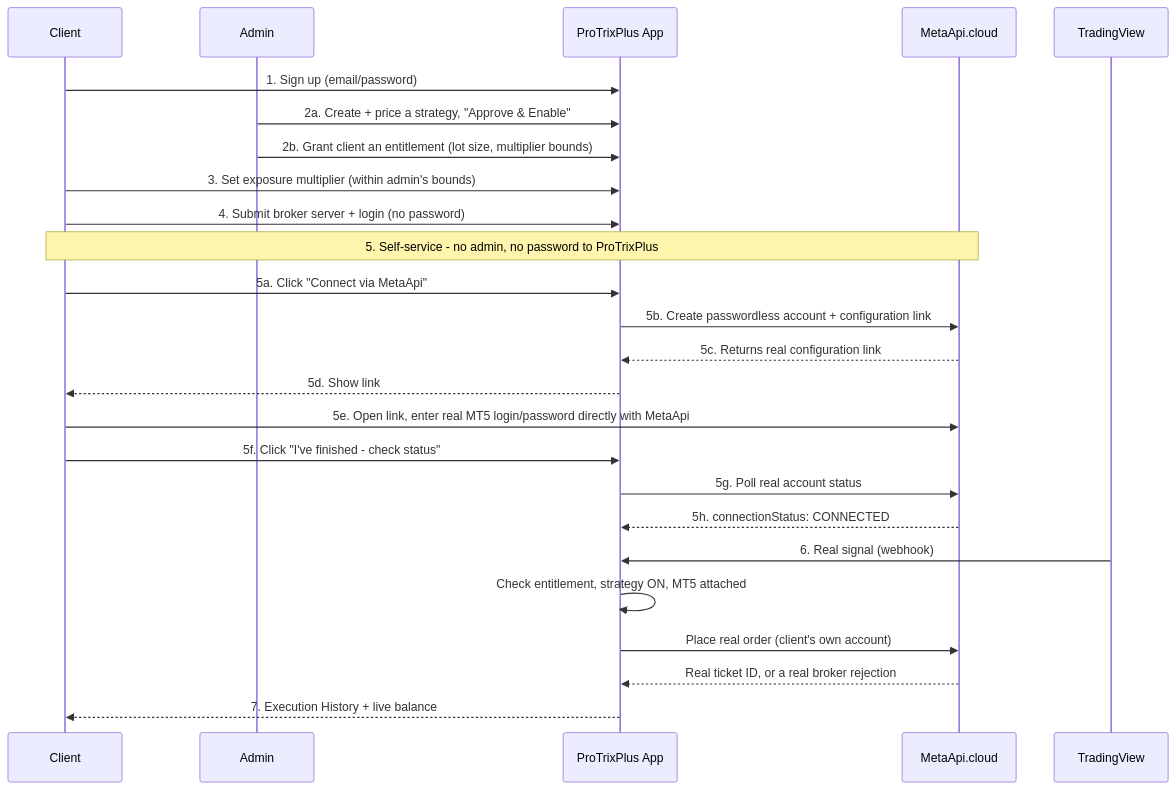
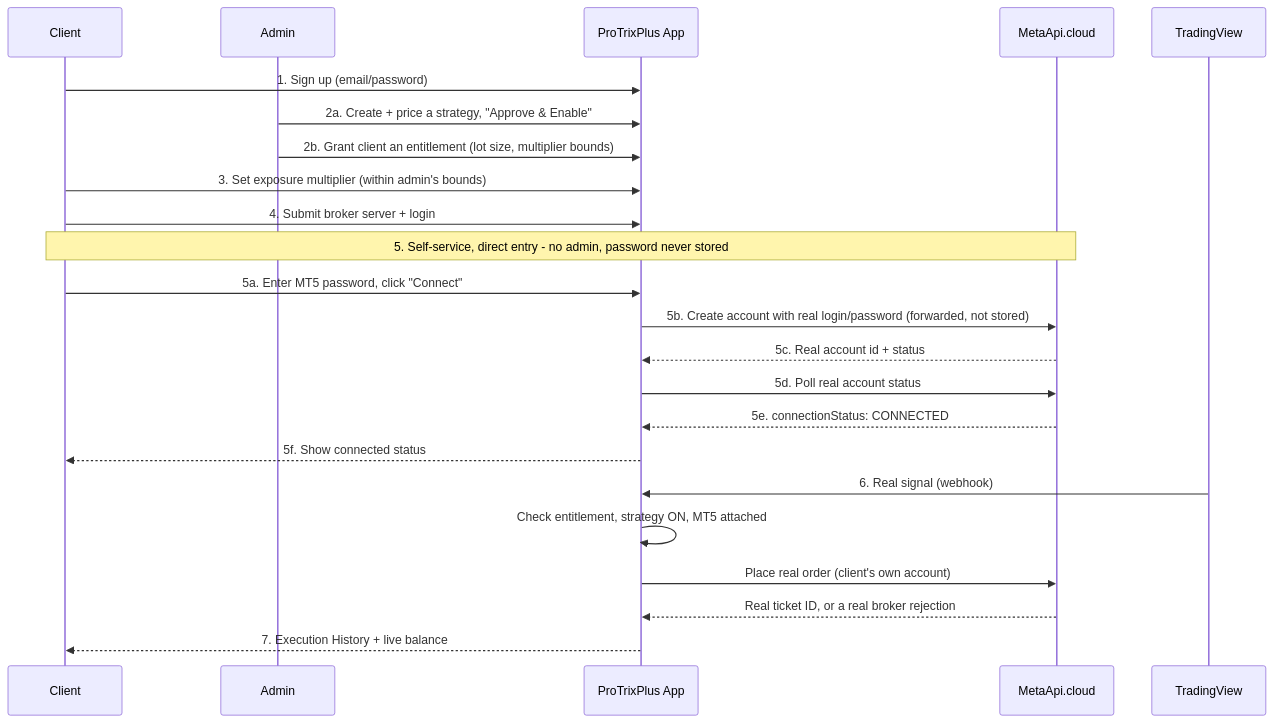
One commit to sumedhkumar/ProTrixPlus changed the second of 2 diagrams in docs/CLIENT-ONBOARDING-ARCHITECTURE.md. Above: the diagram before and after it, drawn with Mermaid. The commit also changed other lines of this file and 9 other files, not shown here.

First line of the commit message:
Switch MT5 onboarding to direct-entry credentials; stop auto-seeding fixture data

````diff
--- a/docs/CLIENT-ONBOARDING-ARCHITECTURE.md
+++ b/docs/CLIENT-ONBOARDING-ARCHITECTURE.md
@@ -54,28 +54,26 @@
 ```mermaid
 sequenceDiagram
     participant C as Client
     participant A as Admin
     participant App as ProTrixPlus App
     participant MA as MetaApi.cloud
     participant TV as TradingView
 
     C->>App: 1. Sign up (email/password)
     A->>App: 2a. Create + price a strategy, "Approve & Enable"
     A->>App: 2b. Grant client an entitlement (lot size, multiplier bounds)
     C->>App: 3. Set exposure multiplier (within admin's bounds)
-    C->>App: 4. Submit broker server + login (no password)
-    Note over C,MA: 5. Self-service - no admin, no password to ProTrixPlus
-    C->>App: 5a. Click "Connect via MetaApi"
-    App->>MA: 5b. Create passwordless account + configuration link
-    MA-->>App: 5c. Returns real configuration link
-    App-->>C: 5d. Show link
-    C->>MA: 5e. Open link, enter real MT5 login/password directly with MetaApi
-    C->>App: 5f. Click "I've finished - check status"
-    App->>MA: 5g. Poll real account status
-    MA-->>App: 5h. connectionStatus: CONNECTED
+    C->>App: 4. Submit broker server + login
+    Note over C,MA: 5. Self-service, direct entry - no admin, password never stored
+    C->>App: 5a. Enter MT5 password, click "Connect"
+    App->>MA: 5b. Create account with real login/password (forwarded, not stored)
+    MA-->>App: 5c. Real account id + status
+    App->>MA: 5d. Poll real account status
+    MA-->>App: 5e. connectionStatus: CONNECTED
+    App-->>C: 5f. Show connected status
     TV->>App: 6. Real signal (webhook)
     App->>App: Check entitlement, strategy ON, MT5 attached
     App->>MA: Place real order (client's own account)
     MA-->>App: Real ticket ID, or a real broker rejection
     App-->>C: 7. Execution History + live balance
 ```
````
